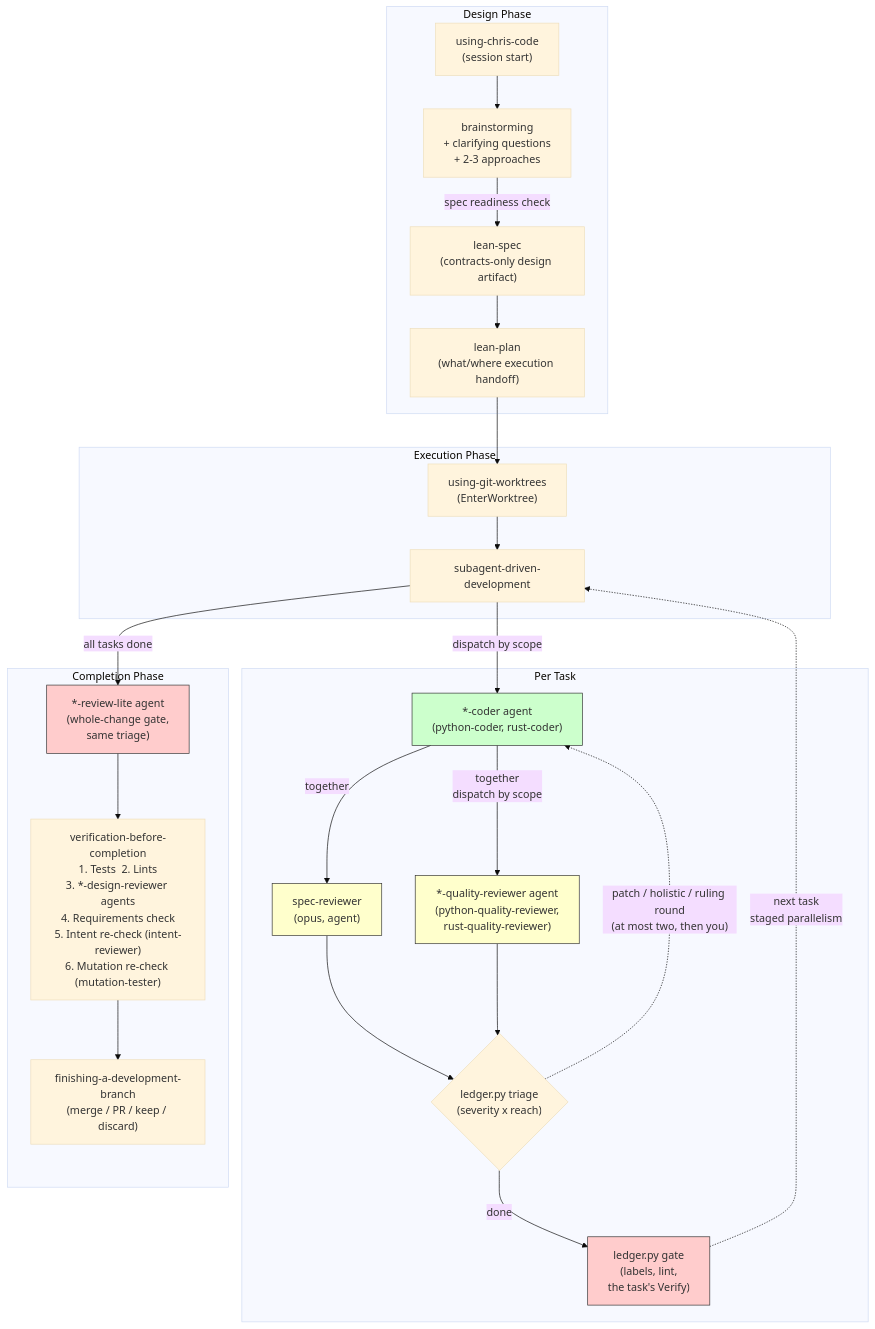
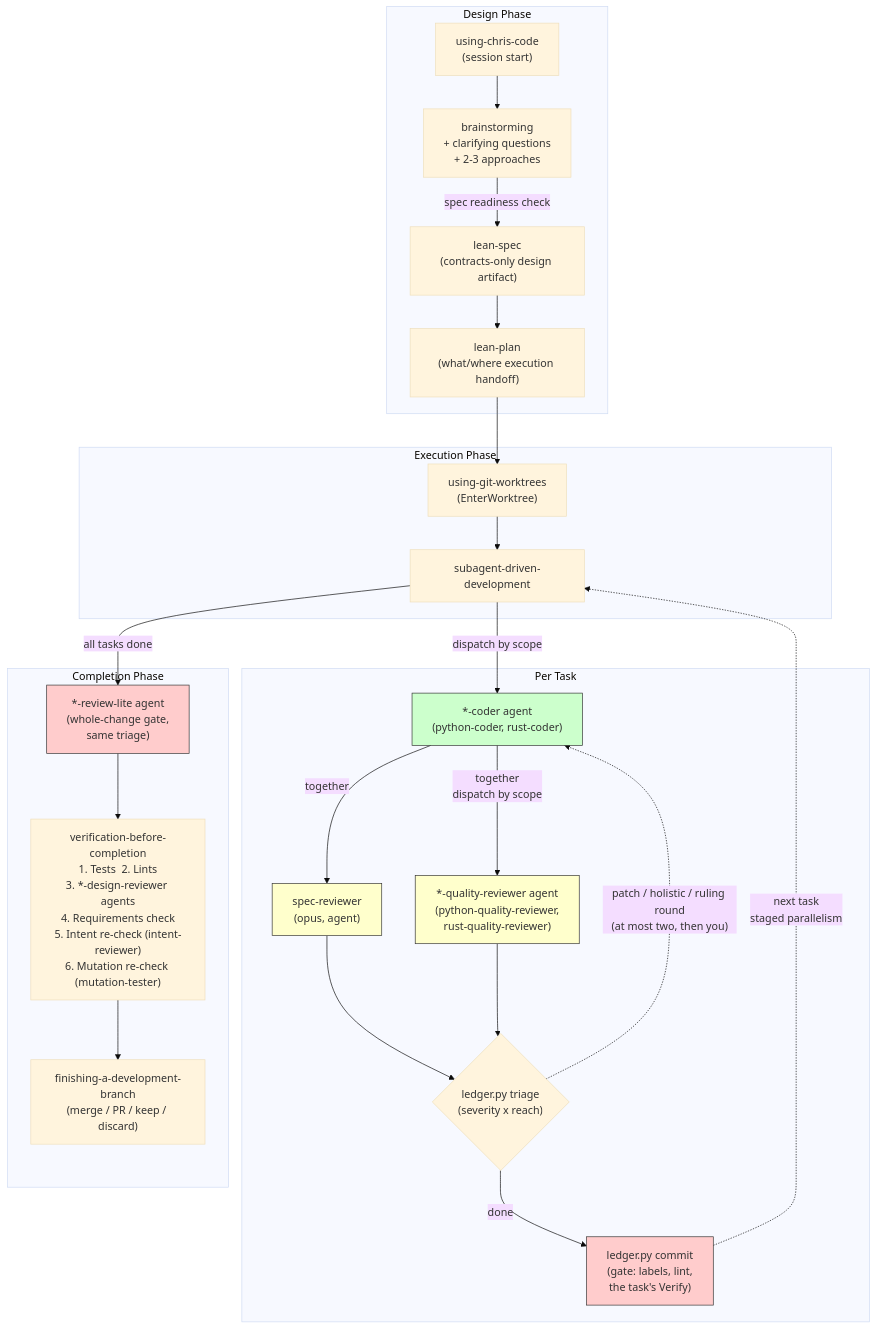
The first of 2 diagrams in chris-code/README.md (chris-santiago/claude-plugins), drawn with Mermaid (base theme) before and after one commit. The commit also changed other lines of this file and 8 other files, not shown here.

````diff
--- a/chris-code/README.md
+++ b/chris-code/README.md
@@ -152,49 +152,49 @@
 ```mermaid
 flowchart TB
     subgraph Design Phase
         using["using-chris-code<br/>(session start)"]
         brainstorm["brainstorming<br/>+ clarifying questions<br/>+ 2-3 approaches"]
         spec["lean-spec<br/>(contracts-only design artifact)"]
         plan["lean-plan<br/>(what/where execution handoff)"]
     end
 
     subgraph Execution Phase
         worktree["using-git-worktrees<br/>(EnterWorktree)"]
         execute["subagent-driven-development"]
     end
 
     subgraph Per Task
         coder["*-coder agent<br/>(python-coder, rust-coder)"]:::agent
         spec_review["spec-reviewer<br/>(opus, agent)"]:::reviewer
         quality["*-quality-reviewer agent<br/>(python-quality-reviewer,<br/>rust-quality-reviewer)"]:::reviewer
         triage{"ledger.py triage<br/>(severity x reach)"}
-        commit_gate["ledger.py gate<br/>(labels, lint,<br/>the task's Verify)"]:::gate
+        commit_gate["ledger.py commit<br/>(gate: labels, lint,<br/>the task's Verify)"]:::gate
     end
 
     subgraph Completion Phase
         whole["*-review-lite agent<br/>(whole-change gate,<br/>same triage)"]:::gate
         verify["verification-before-completion<br/>1. Tests  2. Lints<br/>3. *-design-reviewer agents<br/>4. Requirements check<br/>5. Intent re-check (intent-reviewer)<br/>6. Mutation re-check (mutation-tester)"]
         finish["finishing-a-development-branch<br/>(merge / PR / keep / discard)"]
     end
 
     using --> brainstorm
     brainstorm -->|spec readiness check| spec
     spec --> plan
     plan --> worktree
     worktree --> execute
     execute -->|dispatch by scope| coder
     coder -->|together| spec_review
     coder -->|together<br/>dispatch by scope| quality
     spec_review --> triage
     quality --> triage
     triage -.->|"patch / holistic / ruling round<br/>(at most two, then you)"| coder
     triage -->|done| commit_gate
     commit_gate -.->|next task<br/>staged parallelism| execute
     execute -->|all tasks done| whole
     whole --> verify
     verify --> finish
 
     classDef agent fill:#ccffcc,stroke:#333
     classDef reviewer fill:#ffffcc,stroke:#333
     classDef gate fill:#ffcccc,stroke:#333
 ```
````
